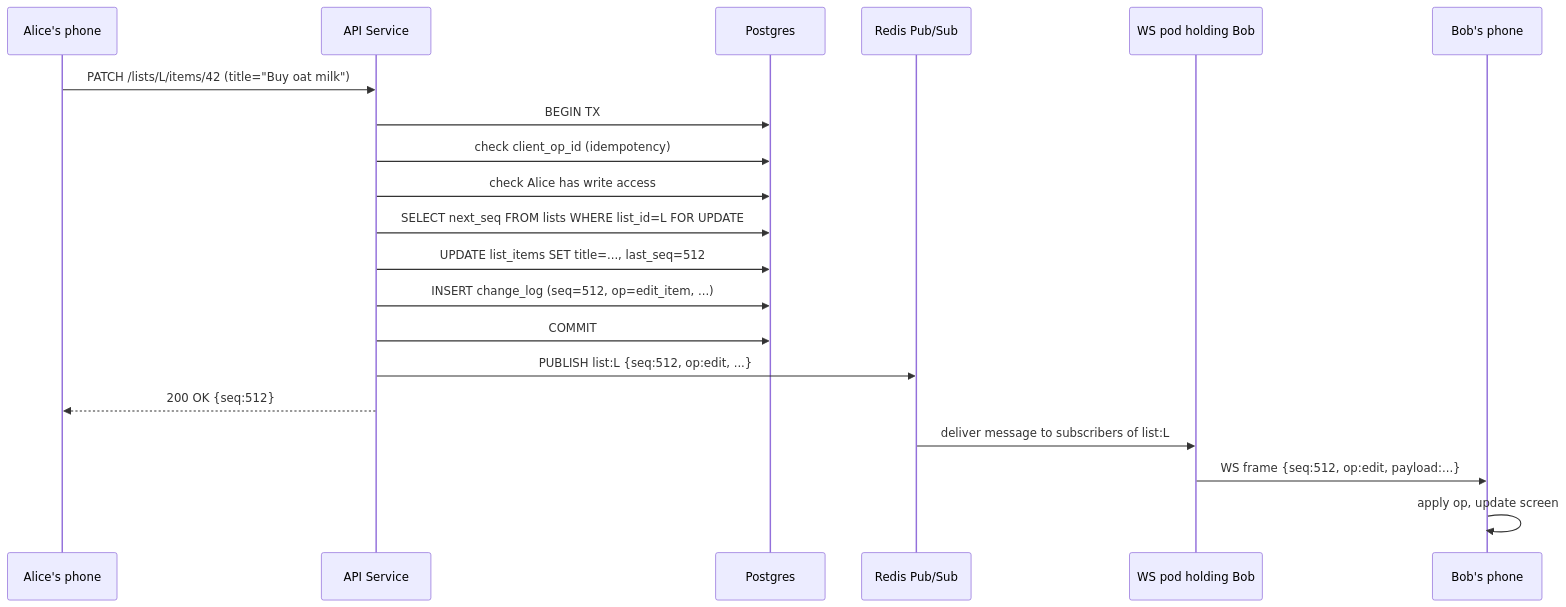
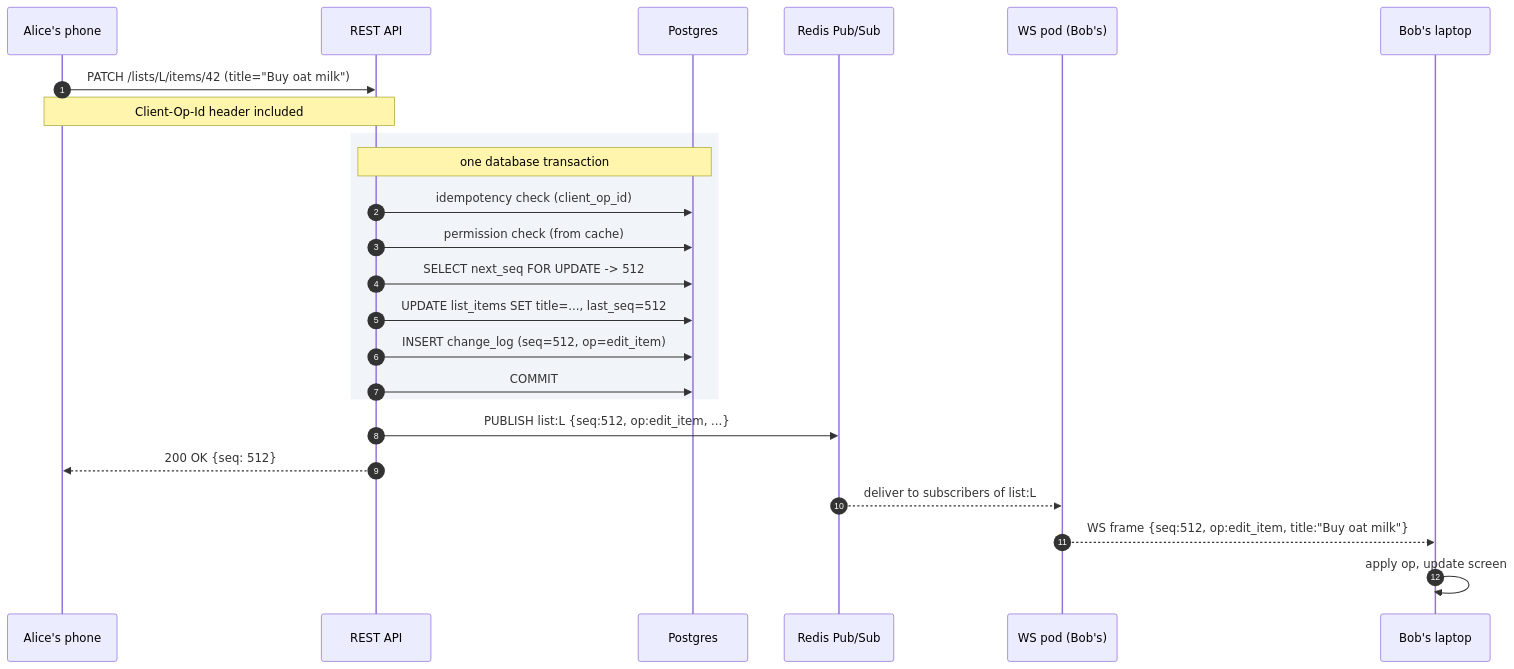
The ninth of 11 diagrams in problems/013-todo-list-sharing/question.md (shiningflash/system-design), drawn with Mermaid before and after one commit. The commit also changed other lines of this file and 38 other files, not shown here.

````diff
--- a/problems/013-todo-list-sharing/question.md
+++ b/problems/013-todo-list-sharing/question.md
@@ -429,23 +384,29 @@
 ```mermaid
 sequenceDiagram
-    participant A as Alice's phone
-    participant API as API Service
+    autonumber
+    participant Alice as Alice's phone
+    participant API as REST API
     participant DB as Postgres
-    participant R as Redis Pub/Sub
-    participant WS as WS pod holding Bob
-    participant B as Bob's phone
+    participant Bus as Redis Pub/Sub
+    participant WS as WS pod (Bob's)
+    participant Bob as Bob's laptop
 
-    A->>API: PATCH /lists/L/items/42 (title="Buy oat milk")
-    API->>DB: BEGIN TX
-    API->>DB: check client_op_id (idempotency)
-    API->>DB: check Alice has write access
-    API->>DB: SELECT next_seq FROM lists WHERE list_id=L FOR UPDATE
-    API->>DB: UPDATE list_items SET title=..., last_seq=512
-    API->>DB: INSERT change_log (seq=512, op=edit_item, ...)
-    API->>DB: COMMIT
-    API->>R: PUBLISH list:L {seq:512, op:edit, ...}
-    API-->>A: 200 OK {seq:512}
-    R->>WS: deliver message to subscribers of list:L
-    WS->>B: WS frame {seq:512, op:edit, payload:...}
-    B->>B: apply op, update screen
+    Alice->>API: PATCH /lists/L/items/42 (title="Buy oat milk")
+    Note over Alice,API: Client-Op-Id header included
+
+    rect rgb(241, 245, 249)
+        Note over API,DB: one database transaction
+        API->>DB: idempotency check (client_op_id)
+        API->>DB: permission check (from cache)
+        API->>DB: SELECT next_seq FOR UPDATE -> 512
+        API->>DB: UPDATE list_items SET title=..., last_seq=512
+        API->>DB: INSERT change_log (seq=512, op=edit_item)
+        API->>DB: COMMIT
+    end
+
+    API->>Bus: PUBLISH list:L {seq:512, op:edit_item, ...}
+    API-->>Alice: 200 OK {seq: 512}
+    Bus-->>WS: deliver to subscribers of list:L
+    WS-->>Bob: WS frame {seq:512, op:edit_item, title:"Buy oat milk"}
+    Bob->>Bob: apply op, update screen
 ```
````
